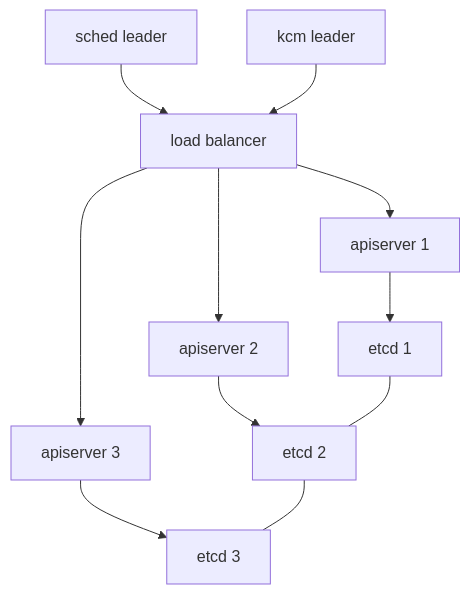
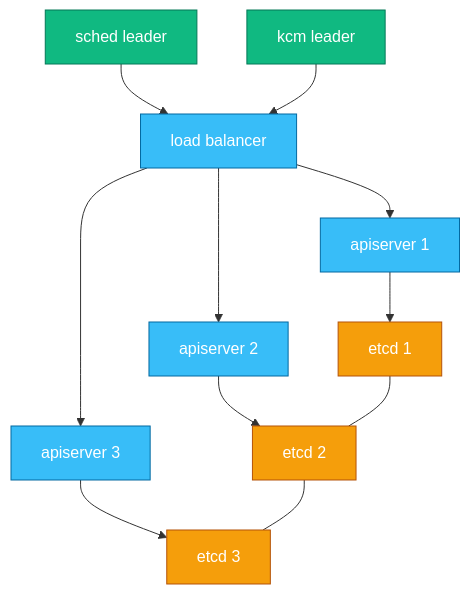
The second of 4 diagrams in chapters/ch10.md (sanketsudake/k8s-worksheet), drawn with Mermaid before and after one commit. The commit also changed other lines of this file, not shown here.

First line of the commit message:
ch10: bring diagrams within the print-size gate

````diff
--- a/chapters/ch10.md
+++ b/chapters/ch10.md
@@ -46,13 +56,21 @@
 ```mermaid
 flowchart TD
   S[sched leader] --> LB[load balancer]
   C[kcm leader] --> LB
   LB --> A1[apiserver 1]
   LB --> A2[apiserver 2]
   LB --> A3[apiserver 3]
   A1 --> E1[etcd 1]
   A2 --> E2[etcd 2]
   A3 --> E3[etcd 3]
   E1 --- E2
   E2 --- E3
+
+  classDef leader fill:#10b981,stroke:#047857,color:#fff
+  classDef process fill:#38bdf8,stroke:#0369a1,color:#fff
+  classDef lease fill:#f59e0b,stroke:#b45309,color:#fff
+  class S,C leader
+  class LB process
+  class A1,A2,A3 process
+  class E1,E2,E3 lease
 ```
````
